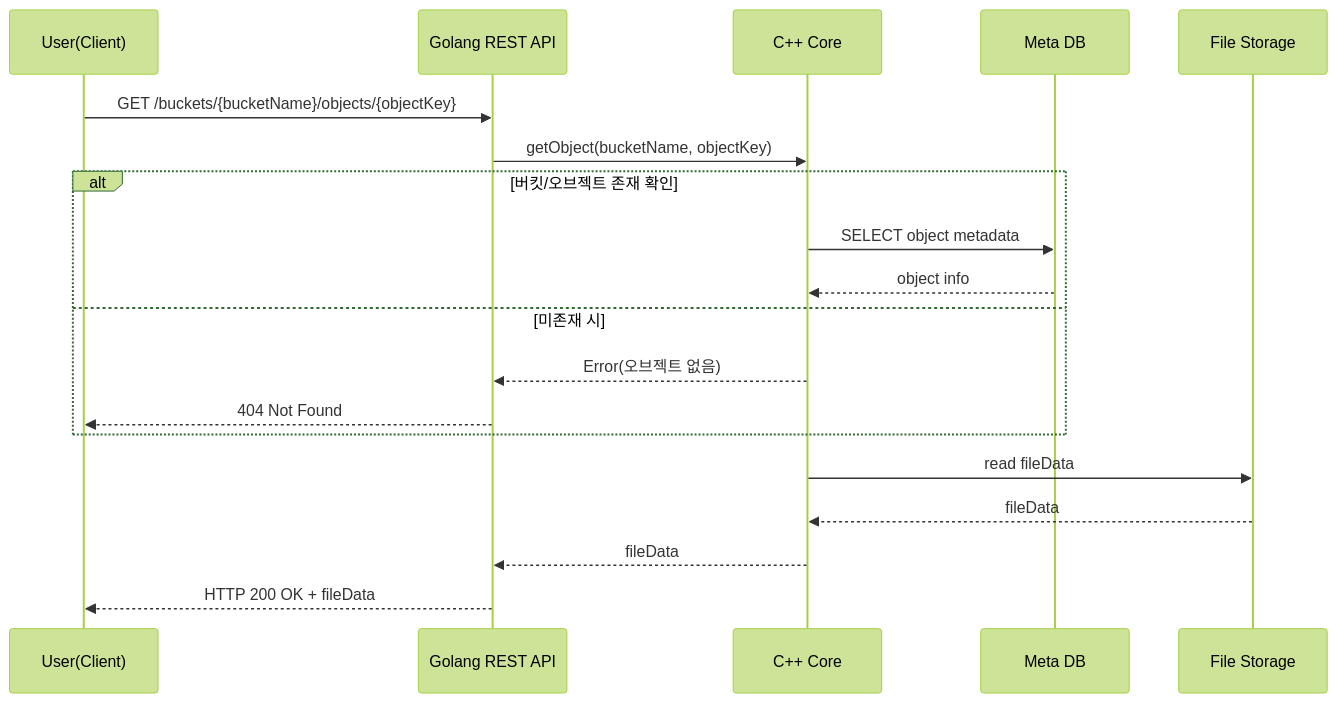
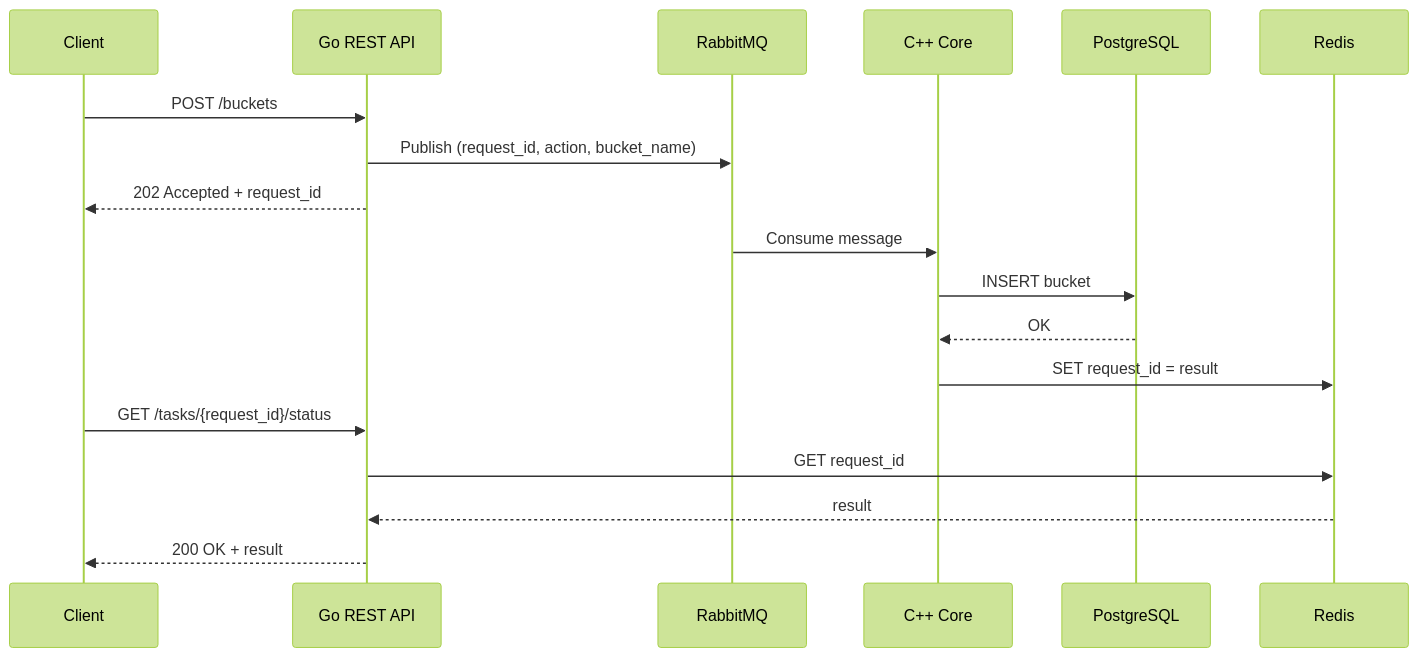
The second of 2 diagrams in README.md (ngee044/Simple-Storage-Service), drawn with Mermaid (forest theme) before and after one commit. The commit also changed other lines of this file and 41 other files, not shown here.

````diff
--- a/README.md
+++ b/README.md
@@ -84,22 +206,21 @@
 ```mermaid
 sequenceDiagram
-    participant U as User(Client)
-    participant G as Golang REST API
+    participant U as Client
+    participant G as Go REST API
+    participant MQ as RabbitMQ
     participant C as C++ Core
-    participant DB as Meta DB
-    participant FS as File Storage
+    participant DB as PostgreSQL
+    participant R as Redis
 
-    U->>G: GET /buckets/{bucketName}/objects/{objectKey}
-    G->>C: getObject(bucketName, objectKey)
-    alt 버킷/오브젝트 존재 확인
-        C->>DB: SELECT object metadata
-        DB-->>C: object info
-    else 미존재 시
-        C-->>G: Error(오브젝트 없음)
-        G-->>U: 404 Not Found
-    end
-    C->>FS: read fileData
-    FS-->>C: fileData
-    C-->>G: fileData
-    G-->>U: HTTP 200 OK + fileData
+    U->>G: POST /buckets
+    G->>MQ: Publish (request_id, action, bucket_name)
+    G-->>U: 202 Accepted + request_id
+    MQ->>C: Consume message
+    C->>DB: INSERT bucket
+    DB-->>C: OK
+    C->>R: SET request_id = result
+    U->>G: GET /tasks/{request_id}/status
+    G->>R: GET request_id
+    R-->>G: result
+    G-->>U: 200 OK + result
 ```
````
